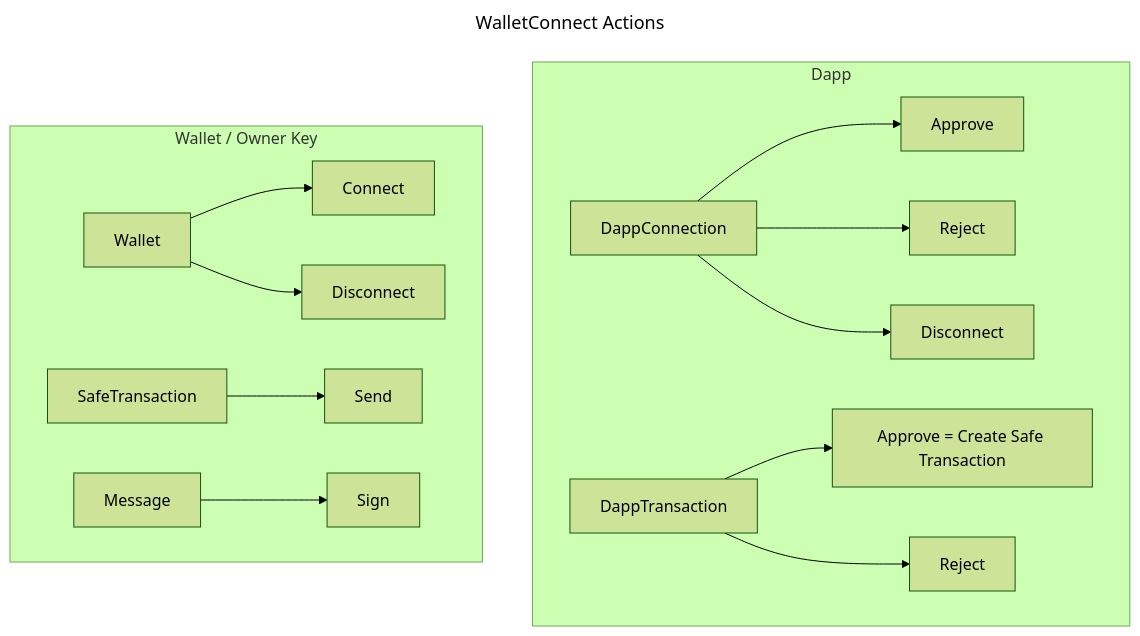
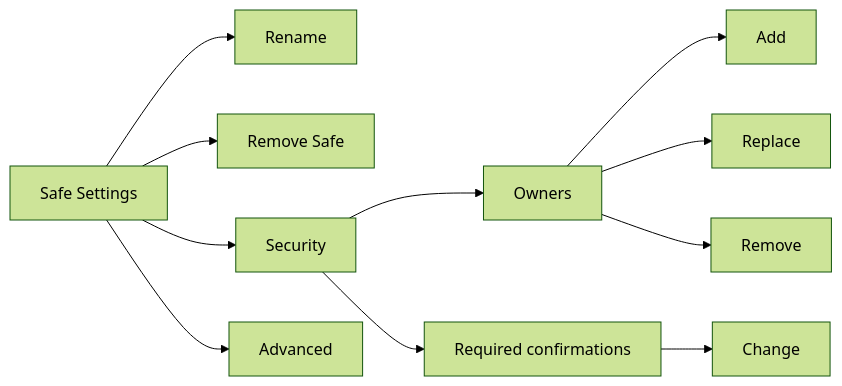
One commit to safe-global/safe-ios changed the ninth of 9 diagrams in docs/fun.md. Above: the diagram before and after it, drawn with Mermaid (forest theme). The commit also changed other lines of this file and 1 other file, not shown here.

Commit message:
refs/heads/update-docs Updated document structure and diagrams

````diff
--- a/docs/fun.md
+++ b/docs/fun.md
@@ -122,20 +165,12 @@
 ```mermaid
----
-title: WalletConnect Actions
----
-graph
-    subgraph Dapp
-    DappConnection --> ApproveDC[Approve]
-    DappConnection --> RejectDC[Reject]
-    DappConnection --> Disconnect
-    DappTransaction --> Approve[Approve = Create Safe Transaction]
-    DappTransaction --> Reject[Reject]
-    end
-    
-    subgraph WalletApp[Wallet / Owner Key]
-    Wallet --> Connect
-    Wallet --> DisconnectW[Disconnect]
-    SafeTransaction --> Send
-    Message --> Sign
-    end
+graph LR
+    a[Safe Settings] --> Rename
+    a --> r1[Remove Safe]
+    a --> t[Security] --> n[Owners]
+    t --> r[Required confirmations]
+    n --> Add
+    n --> Replace
+    n --> r2[Remove ]
+    r --> Change
+    a --> Advanced
 ```
````
